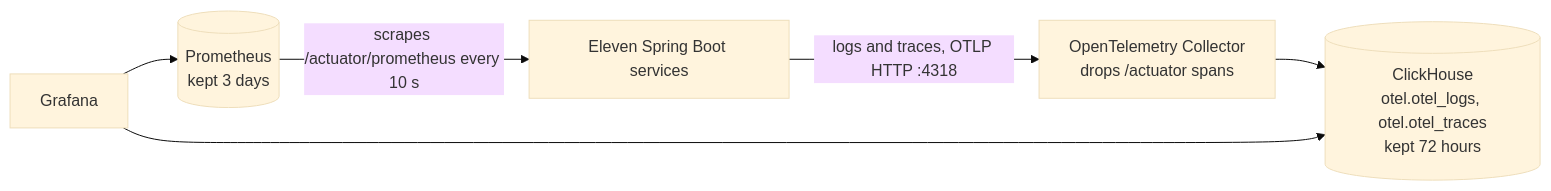
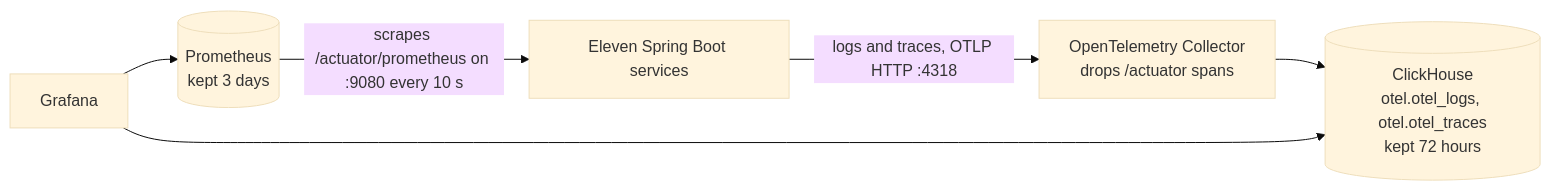
Before and after one commit to chrysaor/JayPay: the first of 2 diagrams in README.md, drawn with Mermaid (base theme). The commit also changed other lines of this file and 34 other files, not shown here.

````diff
--- a/README.md
+++ b/README.md
@@ -116,13 +116,13 @@
 ```mermaid
 flowchart LR
     services["Eleven Spring Boot services"]
     collector["OpenTelemetry Collector<br/>drops /actuator spans"]
     clickhouse[("ClickHouse<br/>otel.otel_logs, otel.otel_traces<br/>kept 72 hours")]
     prometheus[("Prometheus<br/>kept 3 days")]
     grafana["Grafana"]
 
     services -- "logs and traces, OTLP HTTP :4318" --> collector
     collector --> clickhouse
-    prometheus -- "scrapes /actuator/prometheus every 10 s" --> services
+    prometheus -- "scrapes /actuator/prometheus on :9080 every 10 s" --> services
     grafana --> clickhouse & prometheus
 ```
````
